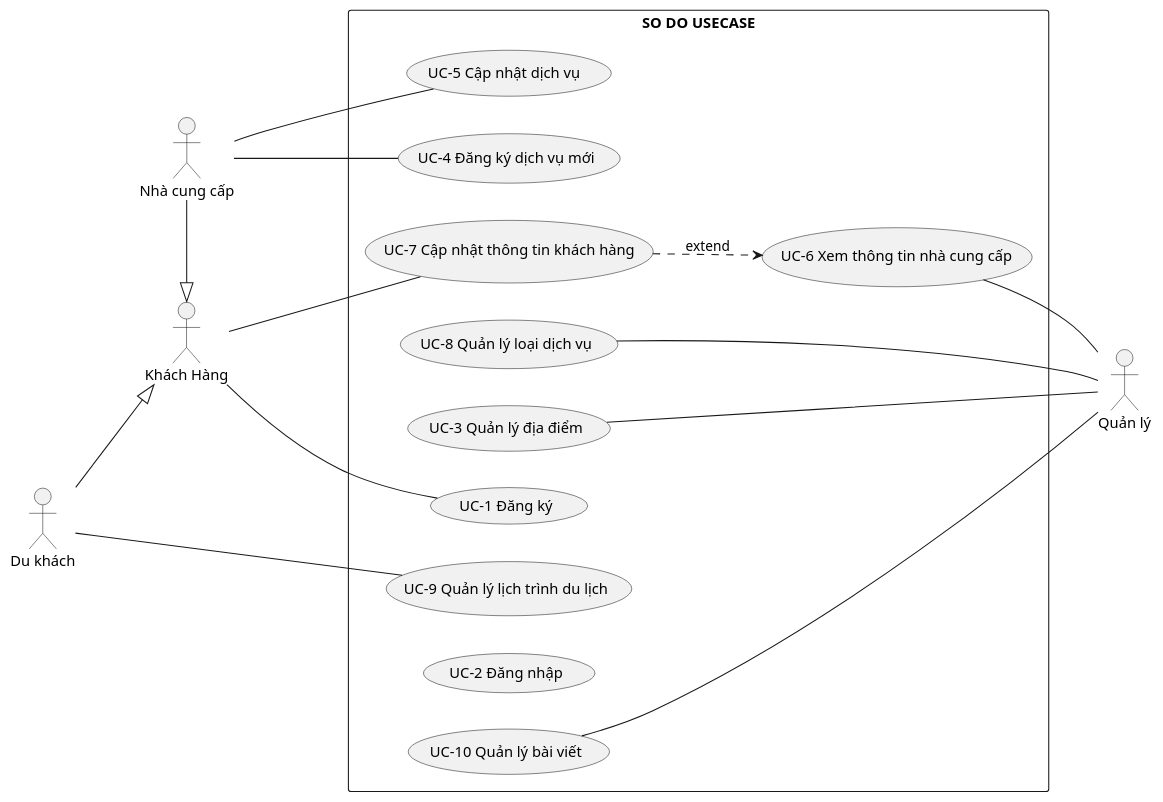
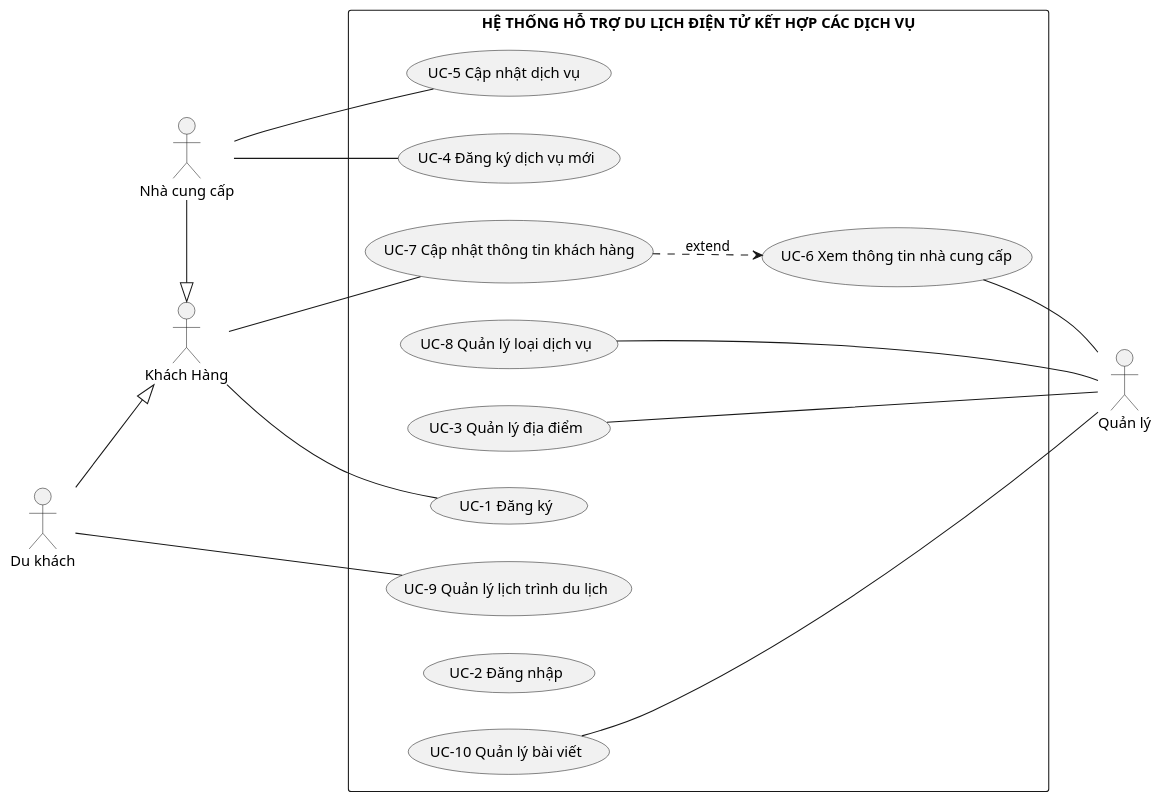
The diagram in PlanUML/UseCase.puml (TranTan-Dat/LV_DuLichDienTu), drawn with PlantUML before and after one commit. The commit also changed 50 other files, not shown here.

```diff
--- a/PlanUML/UseCase.puml
+++ b/PlanUML/UseCase.puml
@@ -1,51 +1,51 @@
 @startuml SoDoUC
 left to right direction
 actor "Quản lý" as QL
 actor "Khách Hàng" as KH
 actor "Nhà cung cấp" as NCC
 actor "Du khách" as DKhach
 
 
-rectangle  "SO DO USECASE"{
+rectangle  "HỆ THỐNG HỖ TRỢ DU LỊCH ĐIỆN TỬ KẾT HỢP CÁC DỊCH VỤ"{
   usecase "UC-8 Quản lý loại dịch vụ" as QLLDV
   usecase "UC-3 Quản lý địa điểm" as QLDD
   ' usecase "UC-9 Quản lý thông tin " as QLTTDD
 
   usecase "UC-4 Đăng ký dịch vụ mới" as Them_TTDD
   usecase "UC-5 Cập nhật dịch vụ " as CapNhat_TTDD
   usecase "UC-7 Cập nhật thông tin khách hàng" as CapNhat_TTKH
 
   usecase "UC-6 Xem thông tin nhà cung cấp" as QLTTKH
   usecase "UC-1 Đăng ký" as DKy
   usecase "UC-2 Đăng nhập" as DNhap
   usecase "UC-9 Quản lý lịch trình du lịch" as QLCD
   
   usecase "UC-10 Quản lý bài viết" as QLBV
 
   
   ' chỗ nay nhà cung cấp và du khách đều dùng quản lý lịch trình du lịch
 }
 
 
 CapNhat_TTKH ..> QLTTKH : extend
 
 KH -- CapNhat_TTKH
 KH --- DKy
 
 QLDD -- QL
 QLTTKH -- QL
 QLLDV - QL
 QLBV -- QL
 
 
 NCC -|> KH
 
 DKhach --|> KH
 
 NCC - CapNhat_TTDD
 NCC - Them_TTDD
 
 
 DKhach - QLCD
 
 @enduml
```
